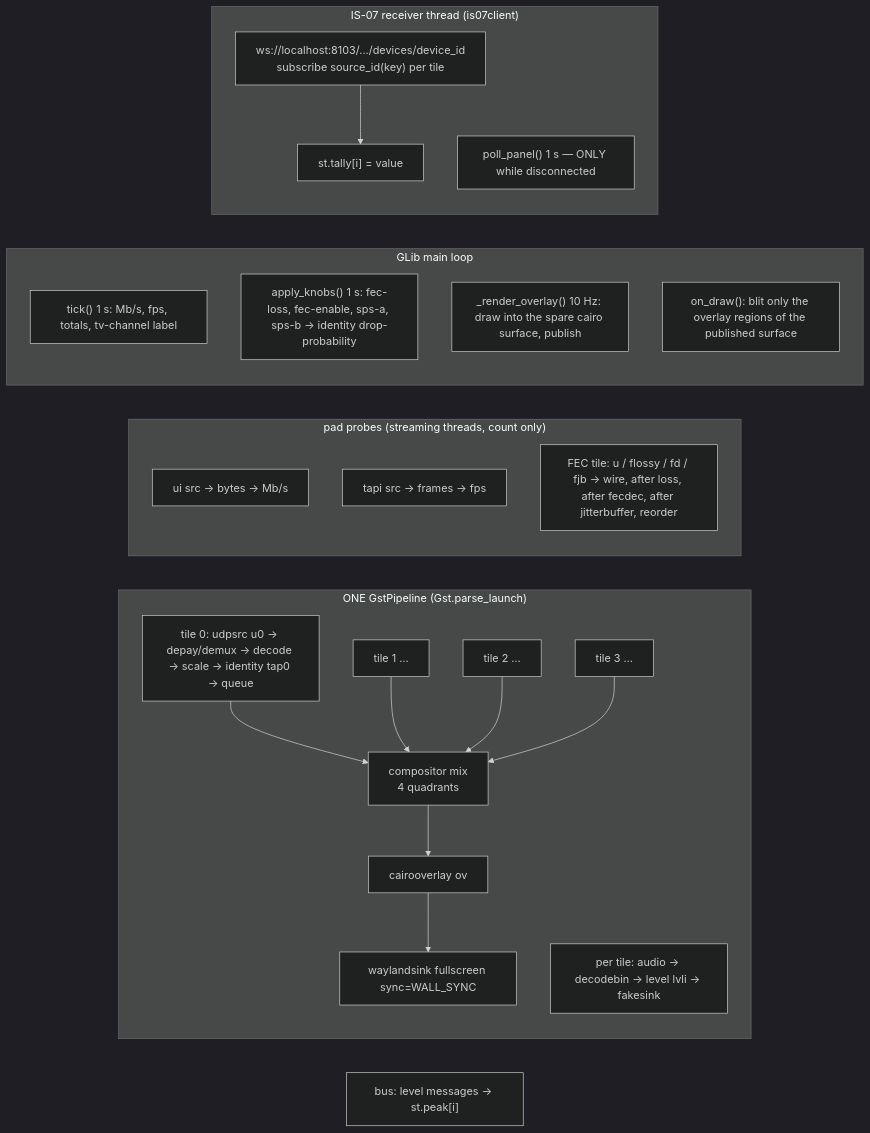
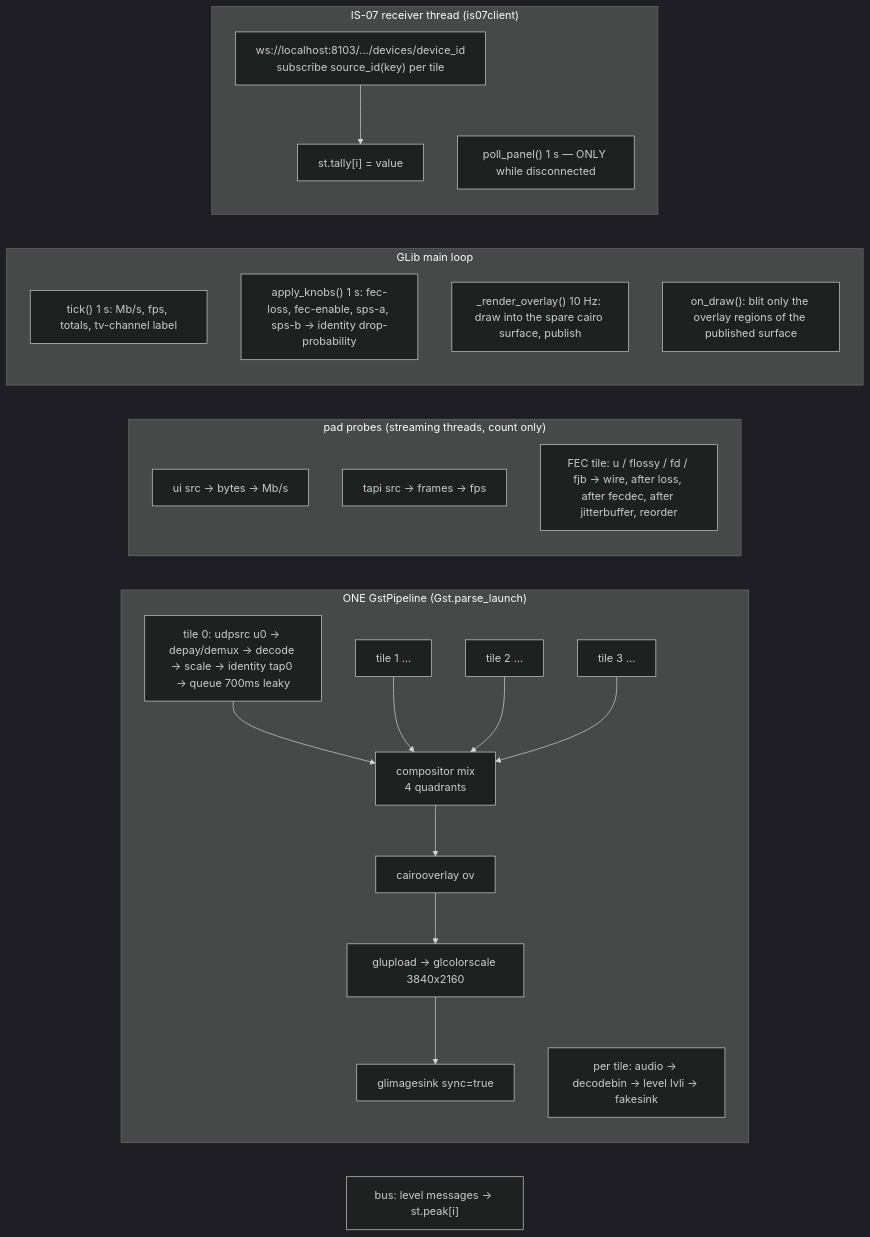
The tenth of 12 diagrams in docs/ARCHITECTURE.md (dgp1000/pi-nmos-st2110), drawn with Mermaid (dark theme) before and after one commit. The commit also changed other lines of this file and 2 other files, not shown here.

First line of the commit message:
docs: on-screen present path is glimagesink (GL/EGL), fullscreen on Monitor 2

````diff
--- a/docs/ARCHITECTURE.md
+++ b/docs/ARCHITECTURE.md
@@ -575,27 +575,27 @@
 ```mermaid
 flowchart LR
   subgraph pipe["ONE GstPipeline (Gst.parse_launch)"]
-    t0["tile 0: udpsrc u0 → depay/demux → decode → scale → identity tap0 → queue"] --> mix
+    t0["tile 0: udpsrc u0 → depay/demux → decode → scale → identity tap0 → queue 700ms leaky"] --> mix
     t1["tile 1 …"] --> mix
     t2["tile 2 …"] --> mix
     t3["tile 3 …"] --> mix["compositor mix<br/>4 quadrants"]
-    mix --> ov["cairooverlay ov"] --> sink["waylandsink fullscreen sync=WALL_SYNC"]
+    mix --> ov["cairooverlay ov"] --> gl["glupload → glcolorscale 3840x2160"] --> sink["glimagesink sync=true"]
     a0["per tile: audio → decodebin → level lvli → fakesink"]
   end
   subgraph probes["pad probes (streaming threads, count only)"]
     p1["ui src → bytes → Mb/s"]
     p2["tapi src → frames → fps"]
     p3["FEC tile: u / flossy / fd / fjb → wire, after loss, after fecdec, after jitterbuffer, reorder"]
   end
   subgraph main["GLib main loop"]
     tick["tick() 1 s: Mb/s, fps, totals, tv-channel label"]
     knobs["apply_knobs() 1 s: fec-loss, fec-enable, sps-a, sps-b → identity drop-probability"]
     render["_render_overlay() 10 Hz: draw into the spare cairo surface, publish"]
     draw["on_draw(): blit only the overlay regions of the published surface"]
   end
   subgraph is07["IS-07 receiver thread (is07client)"]
     ws["ws://localhost:8103/.../devices/device_id<br/>subscribe source_id(key) per tile"] --> tally["st.tally[i] = value"]
     fb["poll_panel() 1 s — ONLY while disconnected"]
   end
   bus["bus: level messages → st.peak[i]"]
 ```
````
